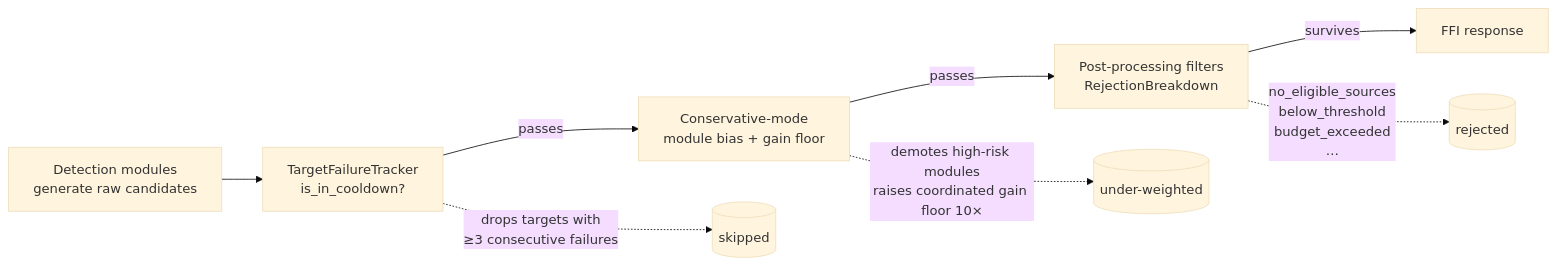
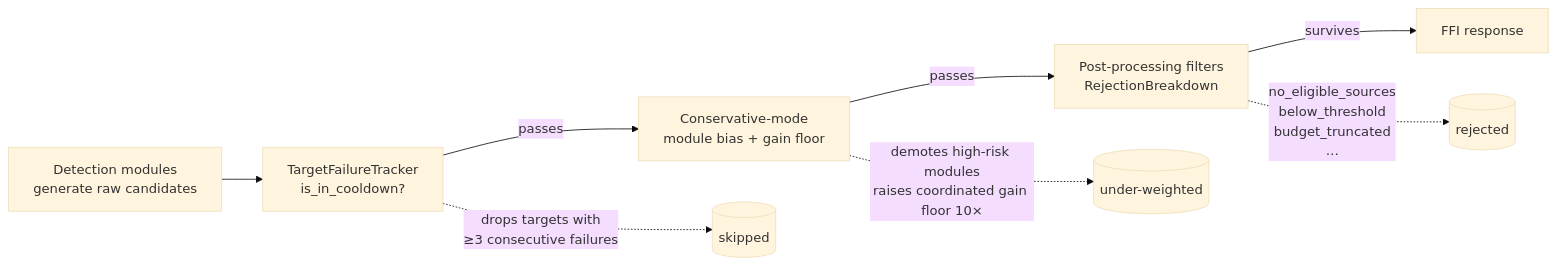
The second of 5 diagrams in docs/DROUGHT_PLAYBOOK.md (stSoftwareAU/NEAT-AI-Discovery), drawn with Mermaid (base theme) before and after one commit. The commit also changed other lines of this file and 3 other files, not shown here.

````diff
--- a/docs/DROUGHT_PLAYBOOK.md
+++ b/docs/DROUGHT_PLAYBOOK.md
@@ -189,17 +185,17 @@
 ```mermaid
 flowchart LR
     Detect[Detection modules<br/>generate raw candidates]
     Cooldown[TargetFailureTracker<br/>is_in_cooldown?]
     Bias[Conservative-mode<br/>module bias + gain floor]
     Post[Post-processing filters<br/>RejectionBreakdown]
     Out[FFI response]
 
     Detect --> Cooldown
     Cooldown -- "passes" --> Bias
     Bias -- "passes" --> Post
     Post -- "survives" --> Out
 
     Cooldown -. "drops targets with<br/>≥3 consecutive failures" .-> X2[(skipped)]
     Bias -. "demotes high-risk modules<br/>raises coordinated gain floor 10×" .-> X3[(under-weighted)]
-    Post -. "no_eligible_sources<br/>below_threshold<br/>budget_exceeded<br/>…" .-> X4[(rejected)]
+    Post -. "no_eligible_sources<br/>below_threshold<br/>budget_truncated<br/>…" .-> X4[(rejected)]
 ```
````
